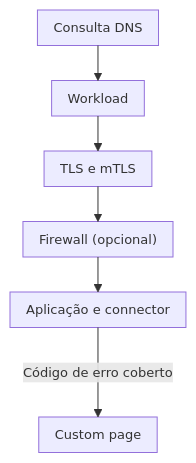
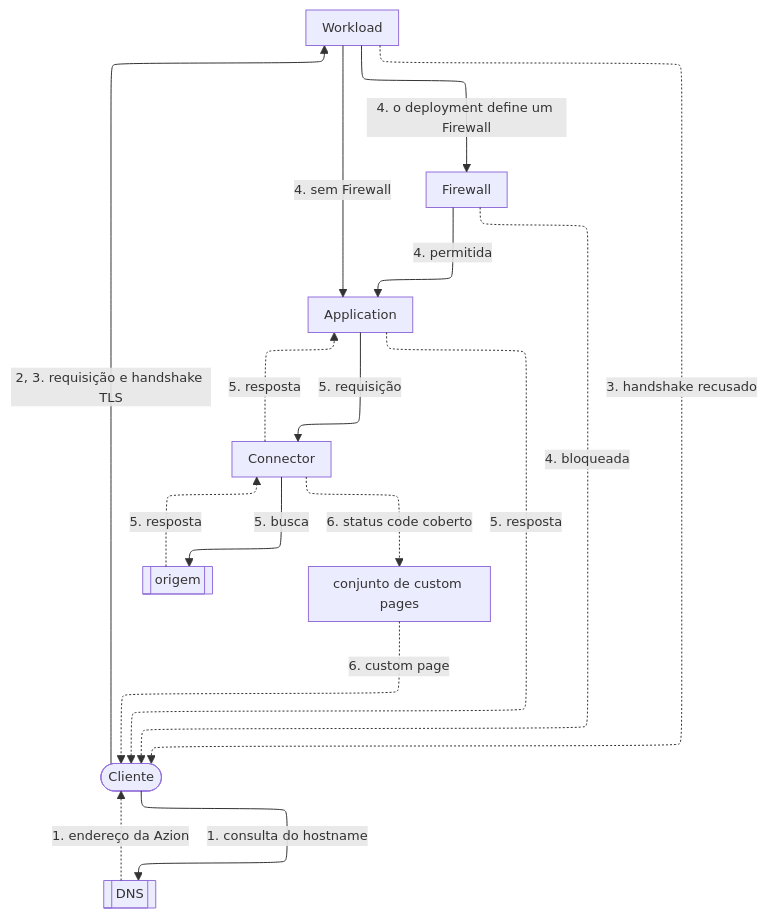
One commit to aziontech/docs changed the diagram in apps/docs/src/content/docs/pt-br/pages/menu-principal/referencia/secure/workloads/workloads.mdx. Above: the diagram before and after it, drawn with Mermaid. The commit also changed other lines of this file and 76 other files, not shown here.

````diff
--- a/apps/docs/src/content/docs/pt-br/pages/menu-principal/referencia/secure/workloads/workloads.mdx
+++ b/apps/docs/src/content/docs/pt-br/pages/menu-principal/referencia/secure/workloads/workloads.mdx
@@ -88,9 +33,27 @@
 ```mermaid
-%%{init: {"layout": "elk", "themeVariables": {"fontSize": "13px"}, "flowchart": {"nodeSpacing": 24, "rankSpacing": 36, "padding": 8, "wrappingWidth": 150, "useMaxWidth": true}, "sequence": {"width": 120, "actorMargin": 30, "useMaxWidth": true}}}%%
+%%{init: {"layout": "elk", "elk": {"preset": "modelOrder", "keepEntryNodeOnTop": true}, "themeVariables": {"fontSize": "13px"}, "flowchart": {"nodeSpacing": 24, "rankSpacing": 36, "padding": 8, "wrappingWidth": 150, "useMaxWidth": true}, "sequence": {"width": 120, "actorMargin": 30, "useMaxWidth": true}}}%%
 flowchart TD
-  DNS["Consulta DNS"] --> Host["Workload"]
-  Host --> TLS["TLS e mTLS"]
-  TLS --> FW["Firewall (opcional)"]
-  FW --> App["Aplicação e connector"]
-  App -->|"Código de erro coberto"| CP["Custom page"]
+  Client(["Cliente"])
+  DNS[["DNS"]]
+  WL["Workload"]
+  FW["Firewall"]
+  App["Application"]
+  Conn["Connector"]
+  Origin[["origem"]]
+  CP["conjunto de custom pages"]
+  Client -->|"1. consulta do hostname"| DNS
+  DNS -.->|"1. endereço da Azion"| Client
+  Client -->|"2, 3. requisição e handshake TLS"| WL
+  WL -.->|"3. handshake recusado"| Client
+  WL -->|"4. o deployment define um Firewall"| FW
+  WL -->|"4. sem Firewall"| App
+  FW -->|"4. permitida"| App
+  FW -.->|"4. bloqueada"| Client
+  App -->|"5. requisição"| Conn
+  Conn -->|"5. busca"| Origin
+  Origin -.->|"5. resposta"| Conn
+  Conn -.->|"5. resposta"| App
+  App -.->|"5. resposta"| Client
+  Conn -.->|"6. status code coberto"| CP
+  CP -.->|"6. custom page"| Client
 ```
````
